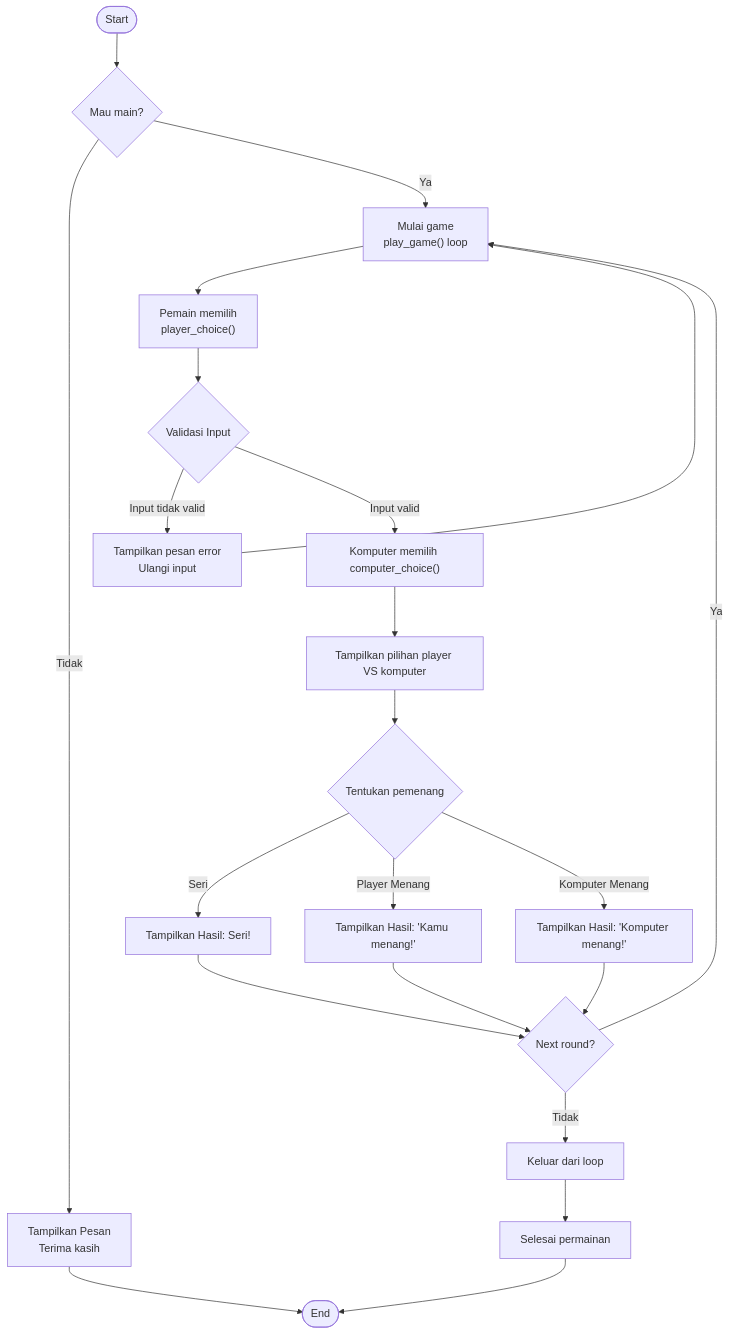
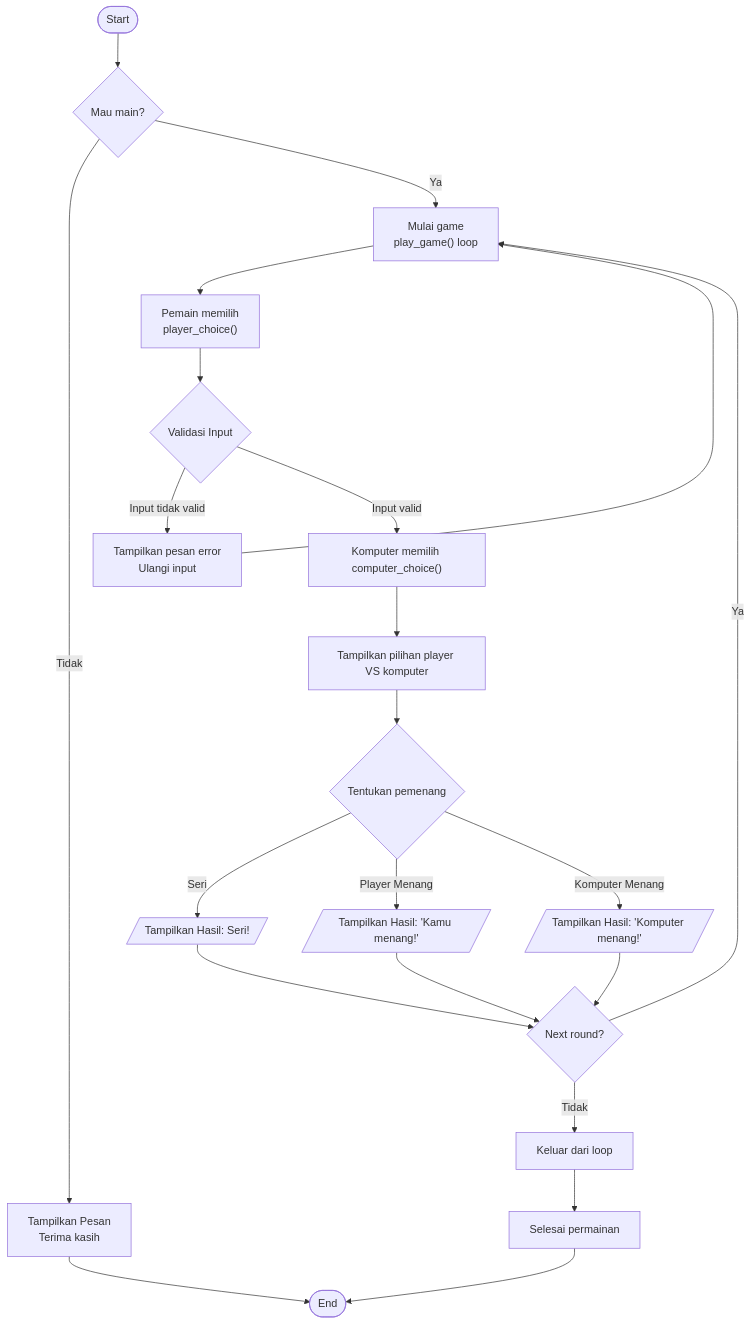
One commit to virginicquez/Group-2-Pengenalan-Pemrograman changed the diagram in README.md. Above: the diagram before and after it, drawn with Mermaid.

Commit message:
Update output format for game result messages

````diff
--- a/README.md
+++ b/README.md
@@ -95,27 +95,27 @@
 ```mermaid
 flowchart TD
   A([Start]) --> B{Mau main?}
   B --> |Tidak| C["Tampilkan Pesan<br>Terima kasih"]
   C --> Z([End])
 
   B --> |Ya| D["Mulai game<br>play_game() loop"]
   D --> E["Pemain memilih<br>player_choice()"]
   E --> F{Validasi Input}
   F --> |Input tidak valid| G["Tampilkan pesan error<br>Ulangi input"]
   G --> D
 
   F --> |Input valid| H["Komputer memilih computer_choice()"]
   H --> I[Tampilkan pilihan player VS komputer]
   I --> J{Tentukan pemenang}
-  J --> |Seri| K["Tampilkan Hasil: Seri!"]
-  J --> |Player Menang| L["Tampilkan Hasil: 'Kamu menang!'"]
-  J --> |Komputer Menang| M["Tampilkan Hasil: 'Komputer menang!'"]
+  J --> |Seri| K[/"Tampilkan Hasil: Seri!"/]
+  J --> |Player Menang| L[/"Tampilkan Hasil: 'Kamu menang!'"/]
+  J --> |Komputer Menang| M[/"Tampilkan Hasil: 'Komputer menang!'"/]
   K --> N{Next round?}
   L --> N
   M --> N
 
   N --> |Ya| D
   N --> |Tidak| O[Keluar dari loop]
   O --> P[Selesai permainan]
   P --> Z
 ```
````
